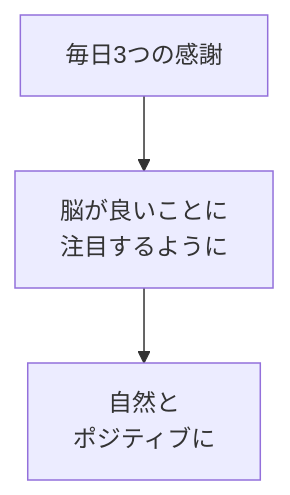
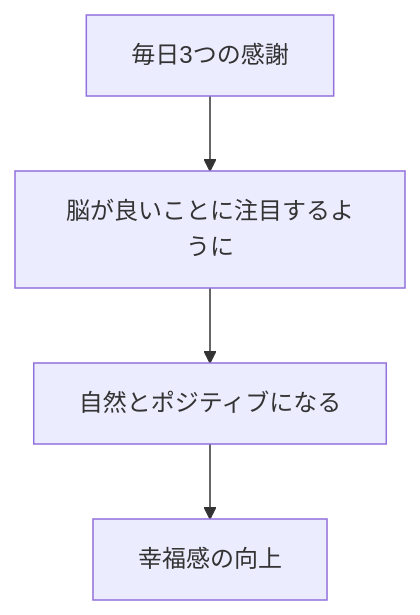
The third of 4 diagrams in content/blog/283-happiness-mental-model-present.md (tndg16-bot/portfolio-site), drawn with Mermaid before and after one commit. The commit also changed other lines of this file and 19 other files, not shown here.

````diff
--- a/content/blog/283-happiness-mental-model-present.md
+++ b/content/blog/283-happiness-mental-model-present.md
@@ -80,5 +106,6 @@
 ```mermaid
 graph TD
-    A[毎日3つの感謝] --> B[脳が良いことに<br/>注目するように]
-    B --> C[自然と<br/>ポジティブに]
+    A[毎日3つの感謝] --> B[脳が良いことに注目するように]
+    B --> C[自然とポジティブになる]
+    C --> D[幸福感の向上]
 ```
````
